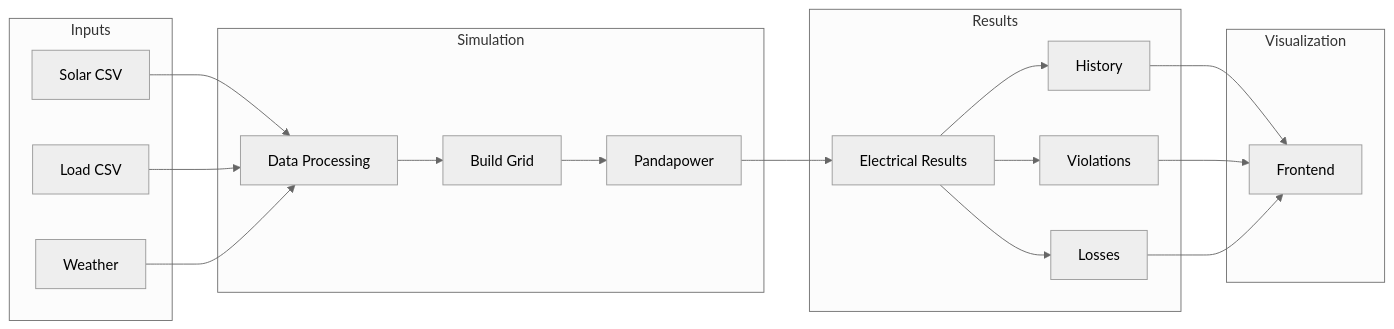
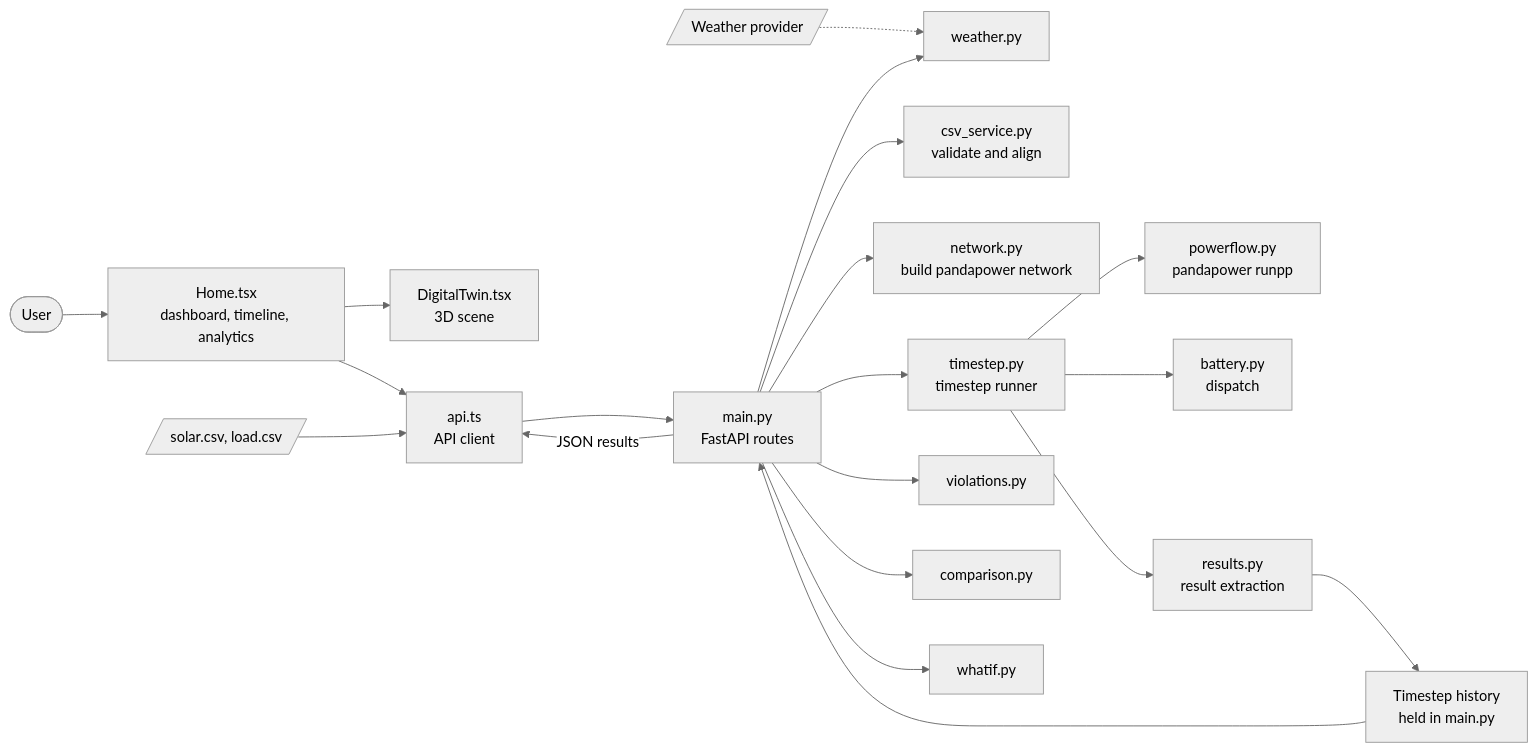
The first of 5 diagrams in README.md (codedbydollys10/GridTwin), drawn with Mermaid (neutral theme) before and after one commit. The commit also changed other lines of this file, not shown here.

````diff
--- a/README.md
+++ b/README.md
@@ -250,40 +121,26 @@
 ```mermaid
 flowchart LR
-    subgraph INPUT["Inputs"]
-        S["Solar CSV"]
-        L["Load CSV"]
-        W["Weather"]
-    end
+    U(["User"]) --> H["Home.tsx<br/>dashboard, timeline, analytics"]
+    H --> T["DigitalTwin.tsx<br/>3D scene"]
+    H --> A["api.ts<br/>API client"]
+    A --> M["main.py<br/>FastAPI routes"]
 
-    subgraph SIM["Simulation"]
-        P["Data Processing"]
-        G["Build Grid"]
-        PP["Pandapower"]
-    end
+    CSV[/"solar.csv, load.csv"/] --> A
+    WX[/"Weather provider"/] -.-> WS["weather.py"]
 
-    subgraph RESULTS["Results"]
-        R["Electrical Results"]
-        H["History"]
-        V["Violations"]
-        LS["Losses"]
-    end
+    M --> CS["csv_service.py<br/>validate and align"]
+    M --> WS
+    M --> N["network.py<br/>build pandapower network"]
+    M --> TS["timestep.py<br/>timestep runner"]
 
-    subgraph UI["Visualization"]
-        F["Frontend"]
-    end
+    TS --> PF["powerflow.py<br/>pandapower runpp"]
+    TS --> B["battery.py<br/>dispatch"]
+    TS --> R["results.py<br/>result extraction"]
+    R --> HI["Timestep history<br/>held in main.py"]
 
-    S --> P
-    L --> P
-    W --> P
-    P --> G
-    G --> PP
-    PP --> R
-
-    R --> H
-    R --> V
-    R --> LS
-
-    H --> F
-    V --> F
-    LS --> F
+    M --> V["violations.py"]
+    M --> C["comparison.py"]
+    M --> W["whatif.py"]
+    HI --> M
+    M -->|"JSON results"| A
 ```
````
